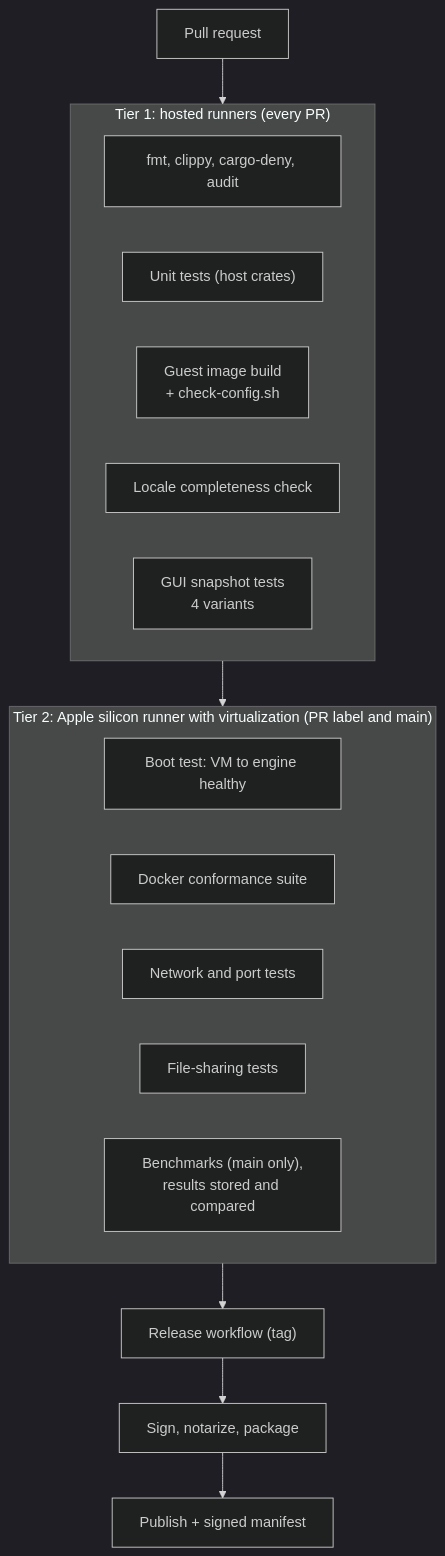
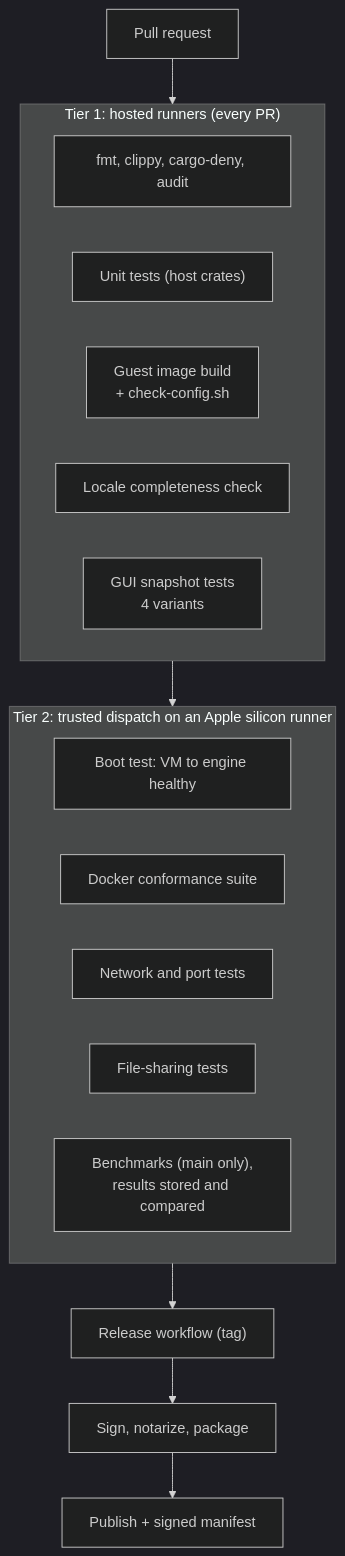
One commit to nasraldin/marsa changed the third of 3 diagrams in docs/12-build-release-update.md. Above: the diagram before and after it, drawn with Mermaid (dark theme). The commit also changed other lines of this file and 7 other files, not shown here.

````diff
--- a/docs/12-build-release-update.md
+++ b/docs/12-build-release-update.md
@@ -149,26 +149,26 @@
 ```mermaid
 flowchart TB
     pr["Pull request"] --> t1
 
     subgraph t1["Tier 1: hosted runners (every PR)"]
         fmt["fmt, clippy, cargo-deny, audit"]
         unit["Unit tests (host crates)"]
         gbuild["Guest image build<br/>+ check-config.sh"]
         i18n["Locale completeness check"]
         snap["GUI snapshot tests<br/>4 variants"]
     end
 
     t1 --> t2
 
-    subgraph t2["Tier 2: Apple silicon runner with virtualization (PR label and main)"]
+    subgraph t2["Tier 2: trusted dispatch on an Apple silicon runner"]
         boot["Boot test: VM to engine healthy"]
         conf["Docker conformance suite"]
         net["Network and port tests"]
         fs["File-sharing tests"]
         bench["Benchmarks (main only),<br/>results stored and compared"]
     end
 
     t2 --> rel["Release workflow (tag)"]
     rel --> sign2["Sign, notarize, package"]
     sign2 --> pubr["Publish + signed manifest"]
 ```
````
